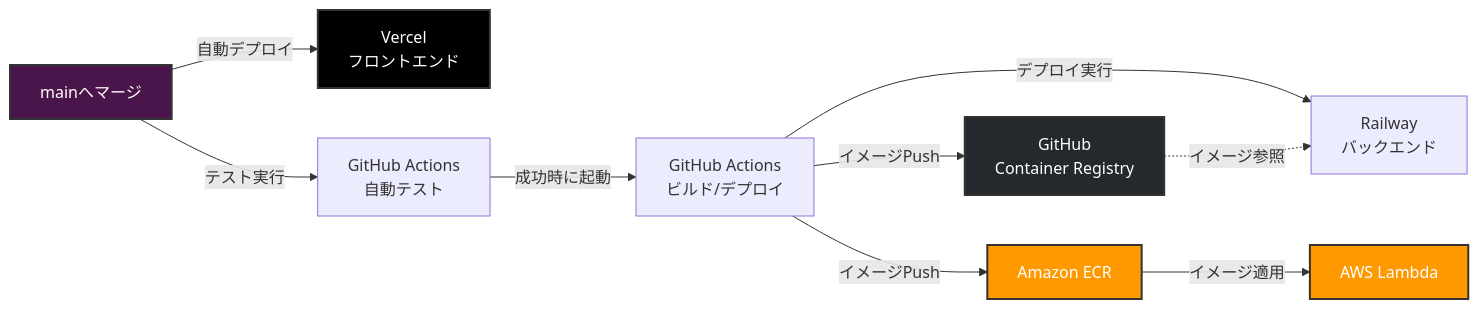
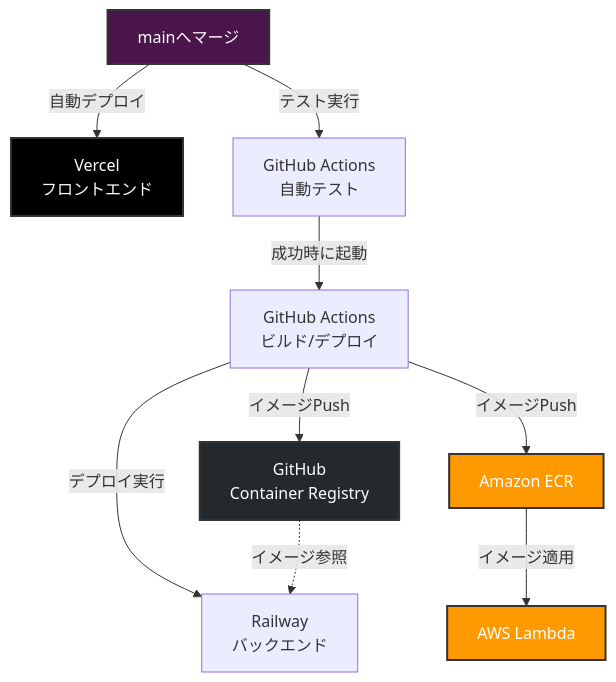
One commit to masa2401/FullStack-CreateSkillSheet changed the first of 2 diagrams in README.md. Above: the diagram before and after it, drawn with Mermaid. The commit also changed other lines of this file, not shown here.

Commit message:
フロー図修正

````diff
--- a/README.md
+++ b/README.md
@@ -61,30 +62,30 @@
 ```mermaid
-graph LR
+graph TD
     Merge[mainへマージ]
     Vercel[Vercel<br>フロントエンド]
     Test[GitHub Actions<br>自動テスト]
     Deploy[GitHub Actions<br>ビルド/デプロイ]
     GHCR[GitHub<br>Container Registry]
     Railway[Railway<br>バックエンド]
     ECR[Amazon ECR]
     Lambda[AWS Lambda]
 
     Merge -->|自動デプロイ| Vercel
 
     Merge -->|テスト実行| Test
     Test -->|成功時に起動| Deploy
 
     Deploy -->|イメージPush| GHCR
     Deploy -->|デプロイ実行| Railway
     GHCR -.->|イメージ参照| Railway
 
     Deploy -->|イメージPush| ECR
     ECR -->|イメージ適用| Lambda
 
     %% スタイルの設定
     style Merge fill:#4A154B,stroke:#333,stroke-width:2px,color:#fff
     style Vercel fill:#000000,stroke:#333,stroke-width:2px,color:#fff
     style GHCR fill:#24292e,stroke:#333,stroke-width:2px,color:#fff
     style ECR fill:#FF9900,stroke:#333,stroke-width:2px,color:#fff
     style Lambda fill:#FF9900,stroke:#333,stroke-width:2px,color:#fff
 ```
````
